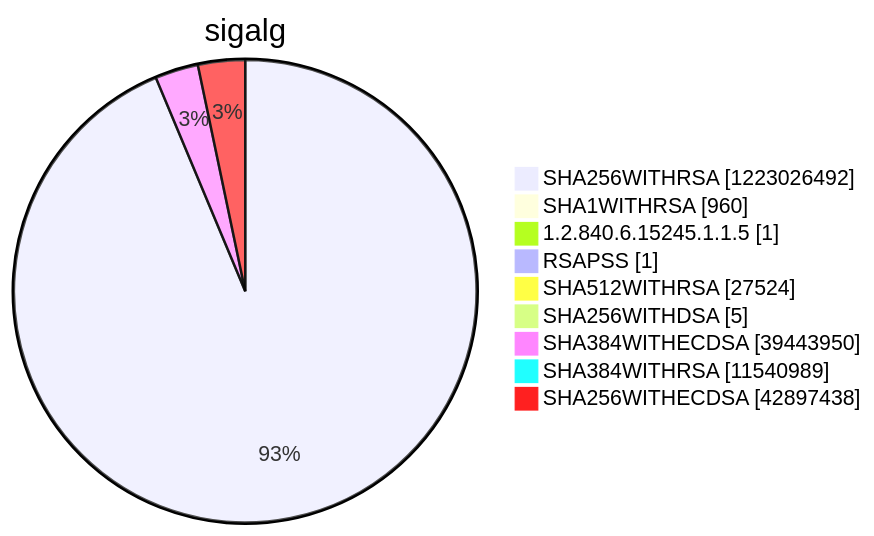
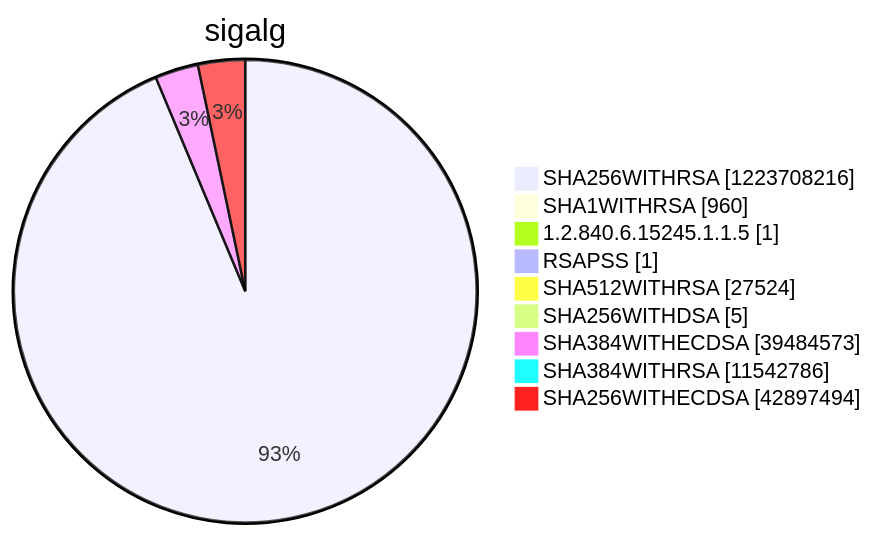
Before and after one commit to christiankrug/ctmonitor_visualization: diagram 15 of 15 in argon2022/README.md, drawn with Mermaid. The commit also changed other lines of this file, not shown here.

````diff
--- a/argon2022/README.md
+++ b/argon2022/README.md
@@ -5521,13 +5521,13 @@
 ```mermaid
 pie showData
 title sigalg
-"SHA256WITHRSA" :1223026492
+"SHA256WITHRSA" :1223708216
 "SHA1WITHRSA" :960
 "1.2.840.6.15245.1.1.5" :1
 "RSAPSS" :1
 "SHA512WITHRSA" :27524
 "SHA256WITHDSA" :5
-"SHA384WITHECDSA" :39443950
-"SHA384WITHRSA" :11540989
-"SHA256WITHECDSA" :42897438
+"SHA384WITHECDSA" :39484573
+"SHA384WITHRSA" :11542786
+"SHA256WITHECDSA" :42897494
 ```
````
